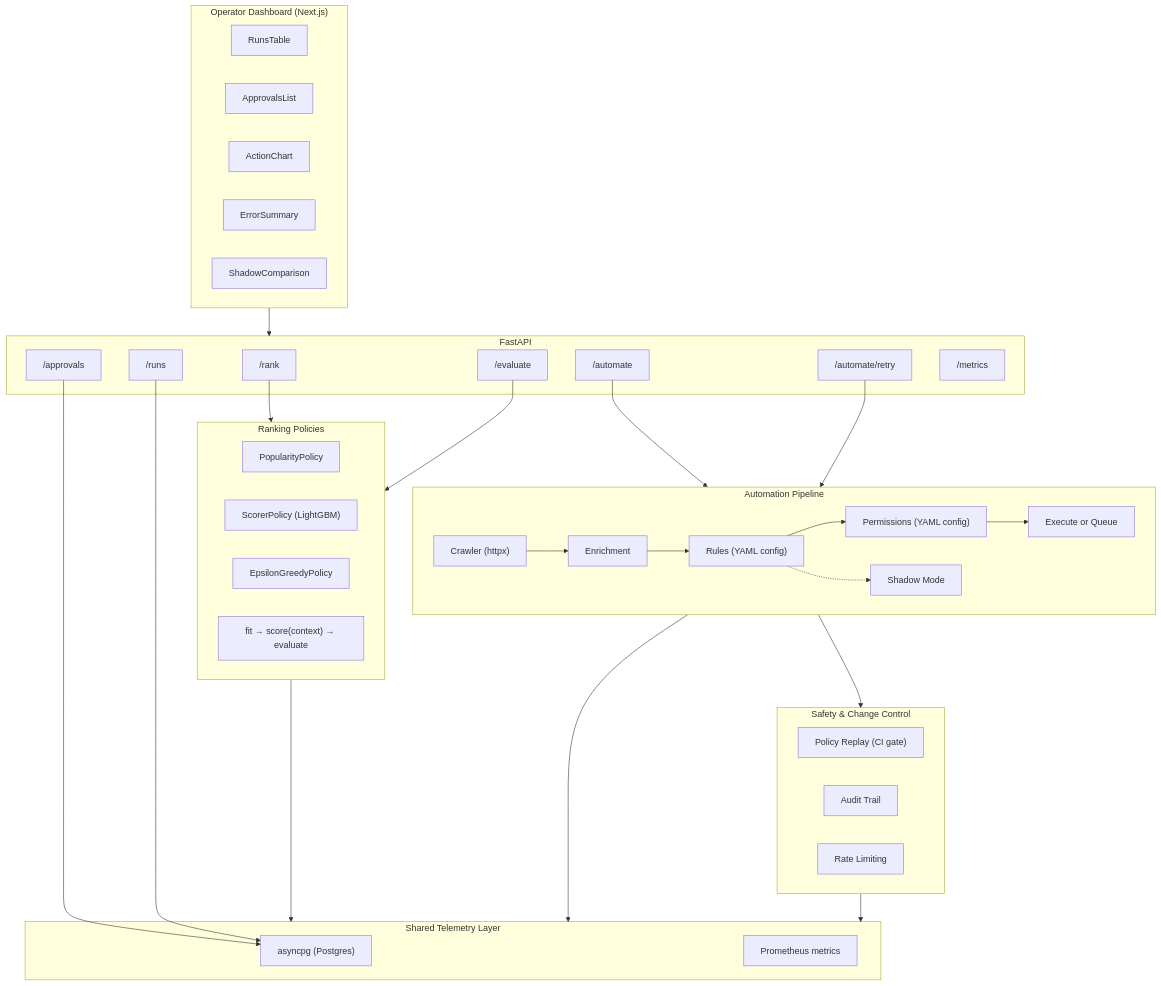
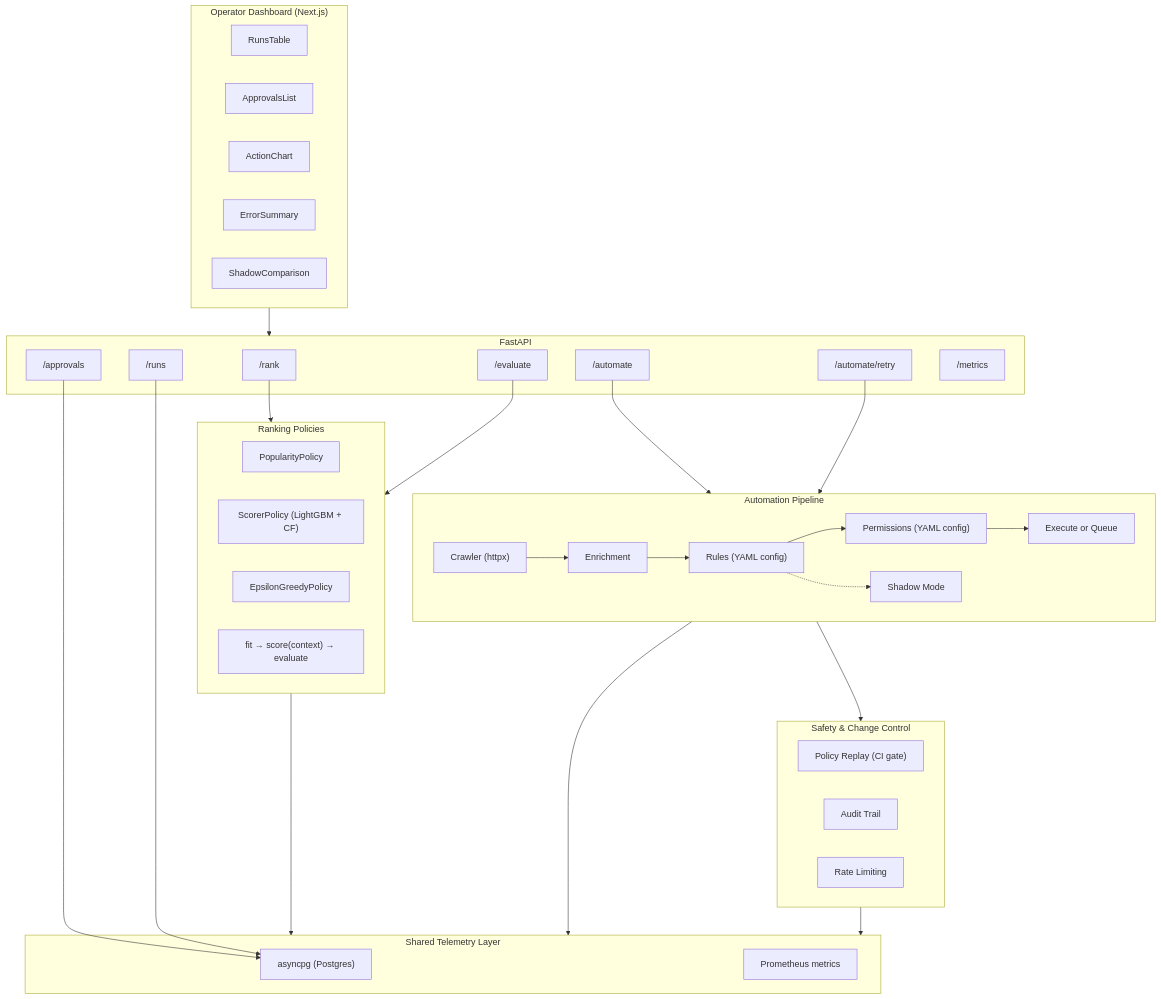
One commit to tyy0811/decide-hub changed the diagram in README.md. Above: the diagram before and after it, drawn with Mermaid. The commit also changed other lines of this file and 3 other files, not shown here.

````diff
--- a/README.md
+++ b/README.md
@@ -13,63 +13,63 @@
 ```mermaid
 graph TB
     subgraph API["FastAPI"]
         rank["/rank"]
         evaluate["/evaluate"]
         automate["/automate"]
         approvals["/approvals"]
         retry["/automate/retry"]
         runs["/runs"]
         metrics["/metrics"]
     end
 
     subgraph Ranking["Ranking Policies"]
         pop["PopularityPolicy"]
-        scorer["ScorerPolicy (LightGBM)"]
+        scorer["ScorerPolicy (LightGBM + CF)"]
         bandit["EpsilonGreedyPolicy"]
         flow1["fit → score(context) → evaluate"]
     end
 
     subgraph Automation["Automation Pipeline"]
         crawler["Crawler (httpx)"]
         enrichment["Enrichment"]
         rules["Rules (YAML config)"]
         permissions["Permissions (YAML config)"]
         execute["Execute or Queue"]
         shadow["Shadow Mode"]
 
         crawler --> enrichment --> rules --> permissions --> execute
         rules -.-> shadow
     end
 
     subgraph Safety["Safety & Change Control"]
         replay["Policy Replay (CI gate)"]
         audit["Audit Trail"]
         rate_limit["Rate Limiting"]
     end
 
     subgraph Telemetry["Shared Telemetry Layer"]
         pg["asyncpg (Postgres)"]
         prom["Prometheus metrics"]
     end
 
     subgraph Dashboard["Operator Dashboard (Next.js)"]
         runs_table["RunsTable"]
         approvals_list["ApprovalsList"]
         action_chart["ActionChart"]
         error_summary["ErrorSummary"]
         shadow_cmp["ShadowComparison"]
     end
 
     rank --> Ranking
     evaluate --> Ranking
     automate --> Automation
     retry --> Automation
     approvals --> pg
     runs --> pg
 
     Ranking --> Telemetry
     Automation --> Telemetry
     Automation --> Safety
     Safety --> Telemetry
     Dashboard --> API
 ```
````
